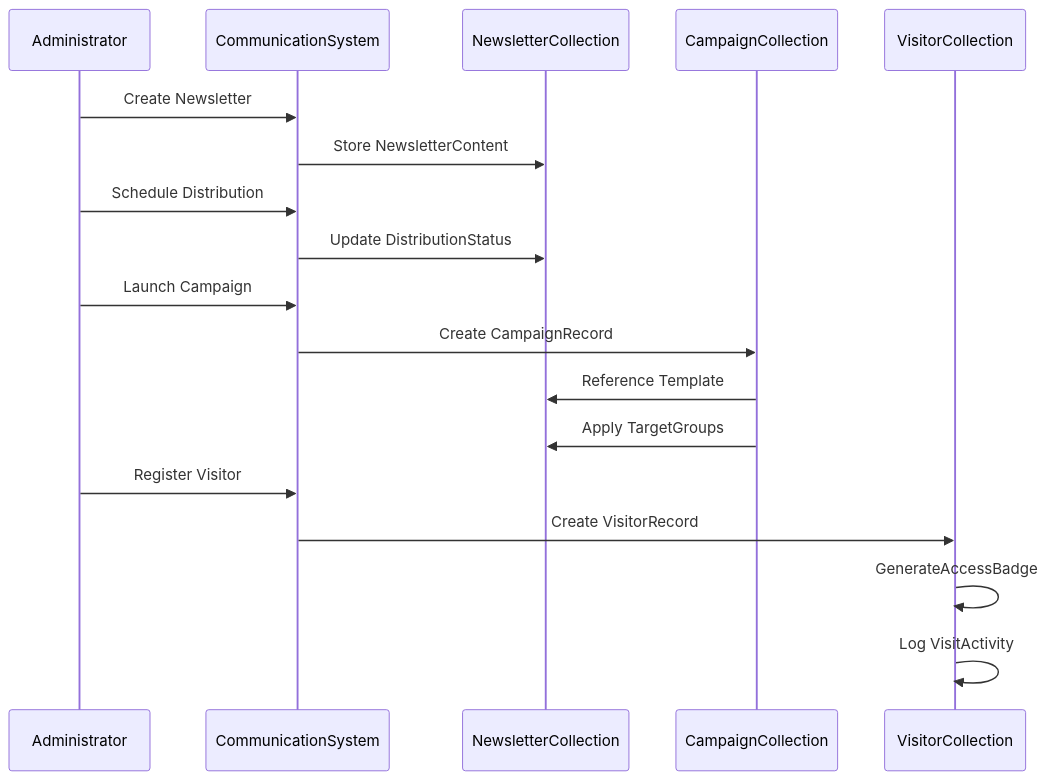
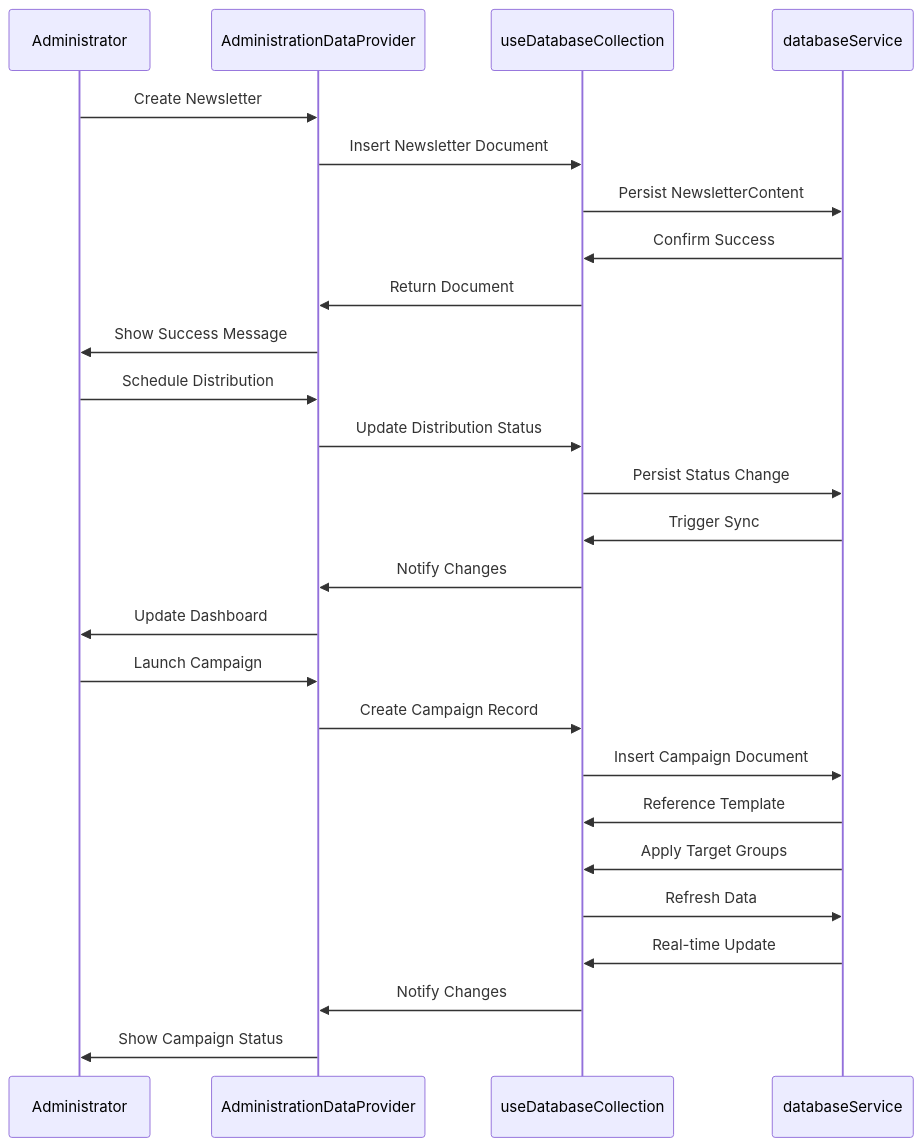
One commit to geniusdynamics/schoolpilot changed the sixth of 8 diagrams in .qoder/repowiki/en/content/Modules System/Administration Module.md. Above: the diagram before and after it, drawn with Mermaid. The commit also changed other lines of this file and 16 other files, not shown here.

````diff
--- a/.qoder/repowiki/en/content/Modules System/Administration Module.md
+++ b/.qoder/repowiki/en/content/Modules System/Administration Module.md
@@ -261,20 +391,28 @@
 ```mermaid
 sequenceDiagram
 participant Admin as Administrator
-participant Comm as CommunicationSystem
-participant Newsletter as NewsletterCollection
-participant Campaign as CampaignCollection
-participant Visitor as VisitorCollection
-Admin->>Comm : Create Newsletter
-Comm->>Newsletter : Store NewsletterContent
-Admin->>Comm : Schedule Distribution
-Comm->>Newsletter : Update DistributionStatus
-Admin->>Comm : Launch Campaign
-Comm->>Campaign : Create CampaignRecord
-Campaign->>Newsletter : Reference Template
-Campaign->>Newsletter : Apply TargetGroups
-Admin->>Comm : Register Visitor
-Comm->>Visitor : Create VisitorRecord
-Visitor->>Visitor : GenerateAccessBadge
-Visitor->>Visitor : Log VisitActivity
+participant Provider as AdministrationDataProvider
+participant Collection as useDatabaseCollection
+participant Service as databaseService
+Admin->>Provider : Create Newsletter
+Provider->>Collection : Insert Newsletter Document
+Collection->>Service : Persist NewsletterContent
+Service->>Collection : Confirm Success
+Collection->>Provider : Return Document
+Provider->>Admin : Show Success Message
+Admin->>Provider : Schedule Distribution
+Provider->>Collection : Update Distribution Status
+Collection->>Service : Persist Status Change
+Service->>Collection : Trigger Sync
+Collection->>Provider : Notify Changes
+Provider->>Admin : Update Dashboard
+Admin->>Provider : Launch Campaign
+Provider->>Collection : Create Campaign Record
+Collection->>Service : Insert Campaign Document
+Service->>Collection : Reference Template
+Service->>Collection : Apply Target Groups
+Collection->>Service : Refresh Data
+Service->>Collection : Real-time Update
+Collection->>Provider : Notify Changes
+Provider->>Admin : Show Campaign Status
 ```
````
